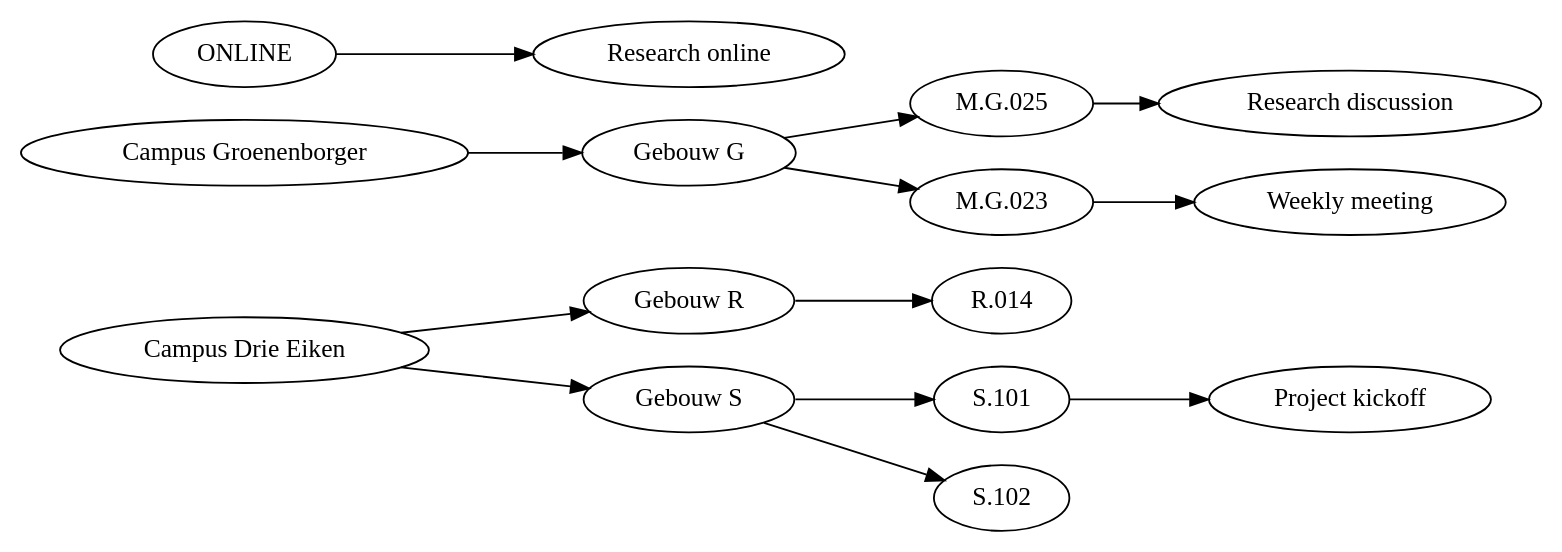
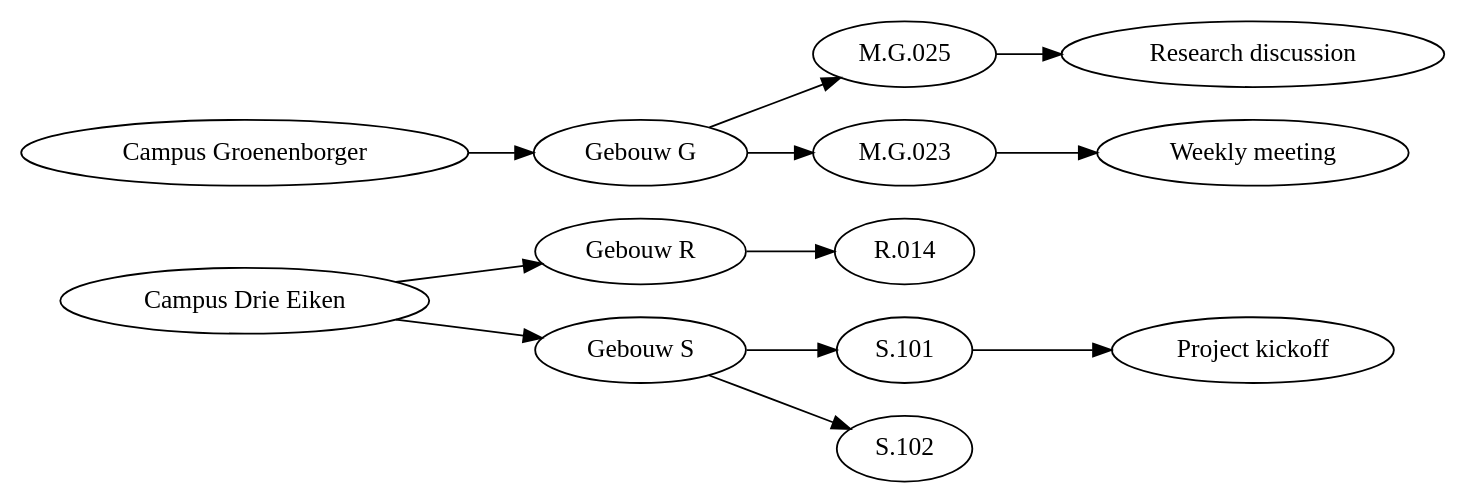
Before and after one commit to Daniel-Coder-BB/Project_Software_Engineer: the diagram in structure.dot, drawn with Graphviz. The commit also changed 9 other files, not shown here.

```diff
--- a/structure.dot
+++ b/structure.dot
@@ -1,35 +1,33 @@
 digraph G {
 
     rankdir=LR;
 
     // --- NODE LABELS ---
     "Campus_CDE" [label="Campus Drie Eiken"];
     "Campus_GR" [label="Campus Groenenborger"];
     "CDE_R" [label="Gebouw R"];
     "CDE_G" [label="Gebouw G"];
     "CDE_S" [label="Gebouw S"];
     "M.G.025" [label="M.G.025"];
     "Room98732" [label="M.G.023"];
     "Room_87984521" [label="R.014"];
     "Room_101" [label="S.101"];
     "Room_102" [label="S.102"];
     "Meeting_478463" [label="Weekly meeting"];
     "Meeting_555001" [label="Project kickoff"];
     "Meeting_555002" [label="Research discussion"];
-    "Meeting_555003" [label="Research online"];
 
     // --- EDGES (CONNECTIONS) ---
     "Campus_CDE" -> "CDE_R";
     "Campus_GR" -> "CDE_G";
     "Campus_CDE" -> "CDE_S";
     "CDE_G" -> "M.G.025";
     "CDE_G" -> "Room98732";
     "CDE_R" -> "Room_87984521";
     "CDE_S" -> "Room_101";
     "CDE_S" -> "Room_102";
     "Room98732" -> "Meeting_478463";
     "Room_101" -> "Meeting_555001";
     "M.G.025" -> "Meeting_555002";
-    "ONLINE" -> "Meeting_555003";
 
 }
```
